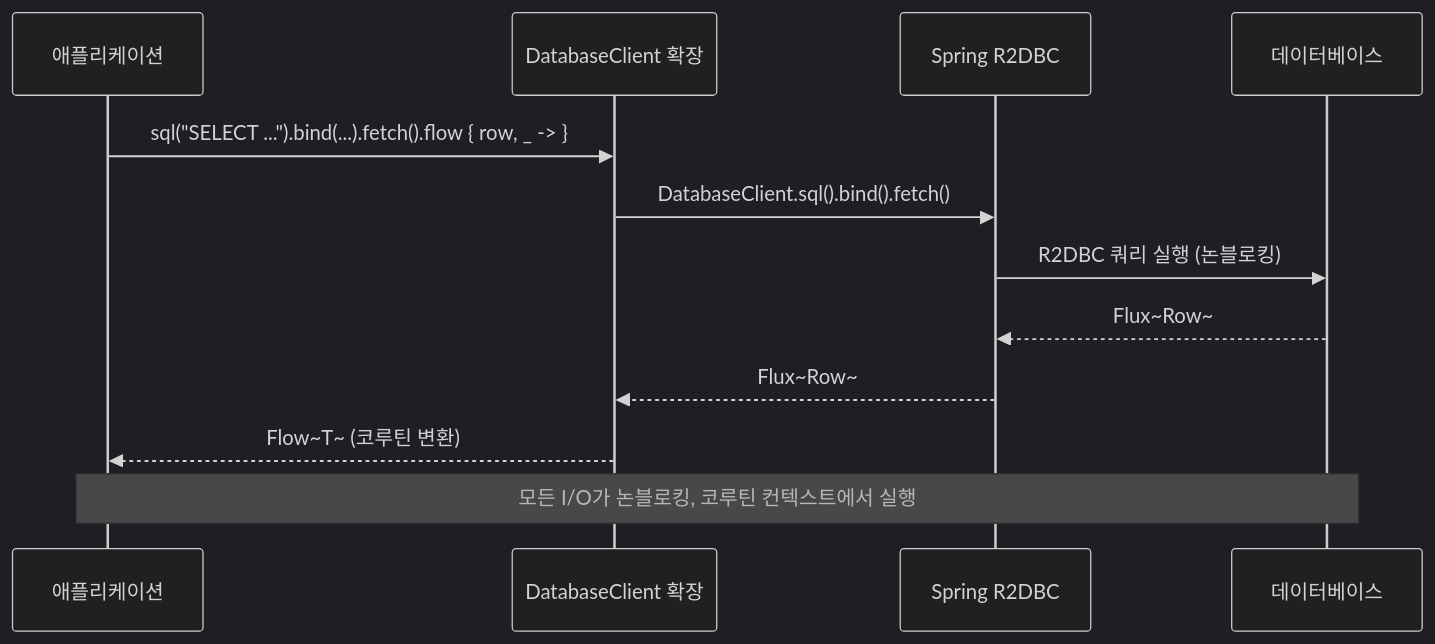
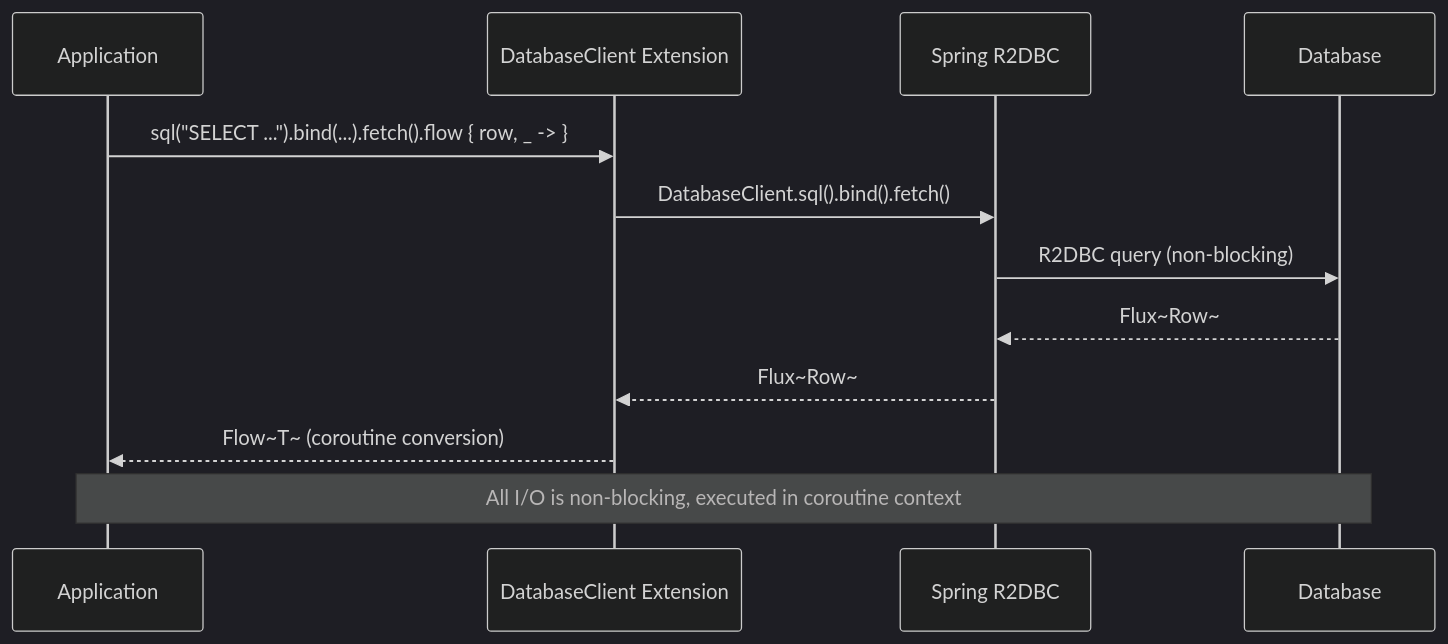
One commit to bluetape4k/bluetape4k-projects changed the third of 4 diagrams in data/r2dbc/README.md. Above: the diagram before and after it, drawn with Mermaid (dark theme). The commit also changed other lines of this file and 265 other files, not shown here.

````diff
--- a/data/r2dbc/README.md
+++ b/data/r2dbc/README.md
@@ -353,16 +354,16 @@
 ```mermaid
 sequenceDiagram
-    participant App as 애플리케이션
-    participant R2DBC as DatabaseClient 확장
+    participant App as Application
+    participant R2DBC as DatabaseClient Extension
     participant Spring as Spring R2DBC
-    participant DB as 데이터베이스
+    participant DB as Database
 
     App->>R2DBC: sql("SELECT ...").bind(...).fetch().flow { row, _ -> }
     R2DBC->>Spring: DatabaseClient.sql().bind().fetch()
-    Spring->>DB: R2DBC 쿼리 실행 (논블로킹)
+    Spring->>DB: R2DBC query (non-blocking)
     DB-->>Spring: Flux~Row~
     Spring-->>R2DBC: Flux~Row~
-    R2DBC-->>App: Flow~T~ (코루틴 변환)
+    R2DBC-->>App: Flow~T~ (coroutine conversion)
 
-    Note over App,DB: 모든 I/O가 논블로킹, 코루틴 컨텍스트에서 실행
+    Note over App,DB: All I/O is non-blocking, executed in coroutine context
 ```
````
